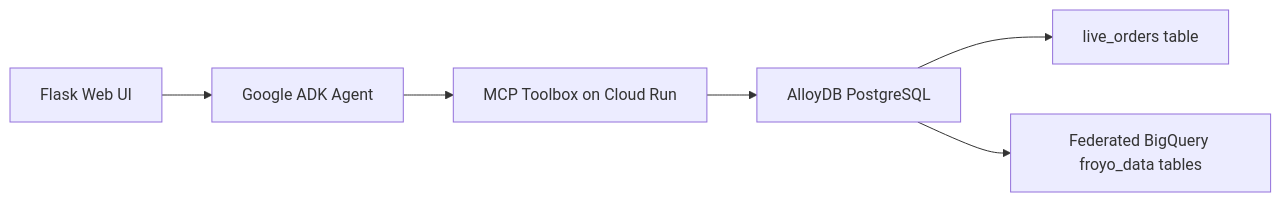
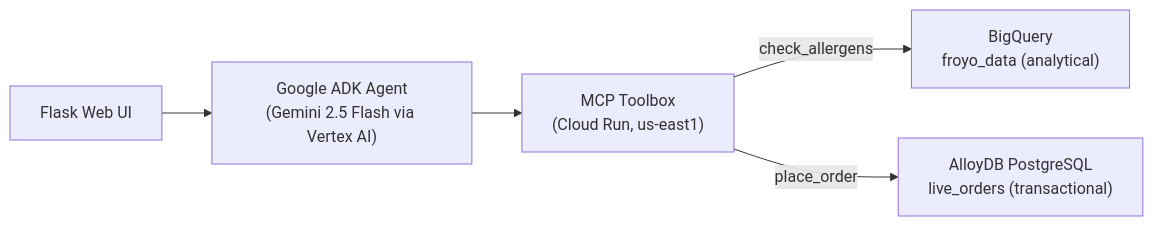
The diagram in README.md (gowtham66867/froyo-data), drawn with Mermaid before and after one commit. The commit also changed other lines of this file and 5 other files, not shown here.

First line of the commit message:
Align repo with working HTAP build: BigQuery read path, AlloyDB write path, Vertex AI, blog post

````diff
--- a/README.md
+++ b/README.md
@@ -14,8 +15,7 @@
 ```mermaid
 flowchart LR
-  UI["Flask Web UI"] --> Agent["Google ADK Agent"]
-  Agent --> Toolbox["MCP Toolbox on Cloud Run"]
-  Toolbox --> AlloyDB["AlloyDB PostgreSQL"]
-  AlloyDB --> Orders["live_orders table"]
-  AlloyDB --> BQ["Federated BigQuery froyo_data tables"]
+  UI["Flask Web UI"] --> Agent["Google ADK Agent<br/>(Gemini 2.5 Flash via Vertex AI)"]
+  Agent --> Toolbox["MCP Toolbox<br/>(Cloud Run, us-east1)"]
+  Toolbox -->|check_allergens| BQ["BigQuery<br/>froyo_data (analytical)"]
+  Toolbox -->|place_order| AlloyDB["AlloyDB PostgreSQL<br/>live_orders (transactional)"]
 ```
````
